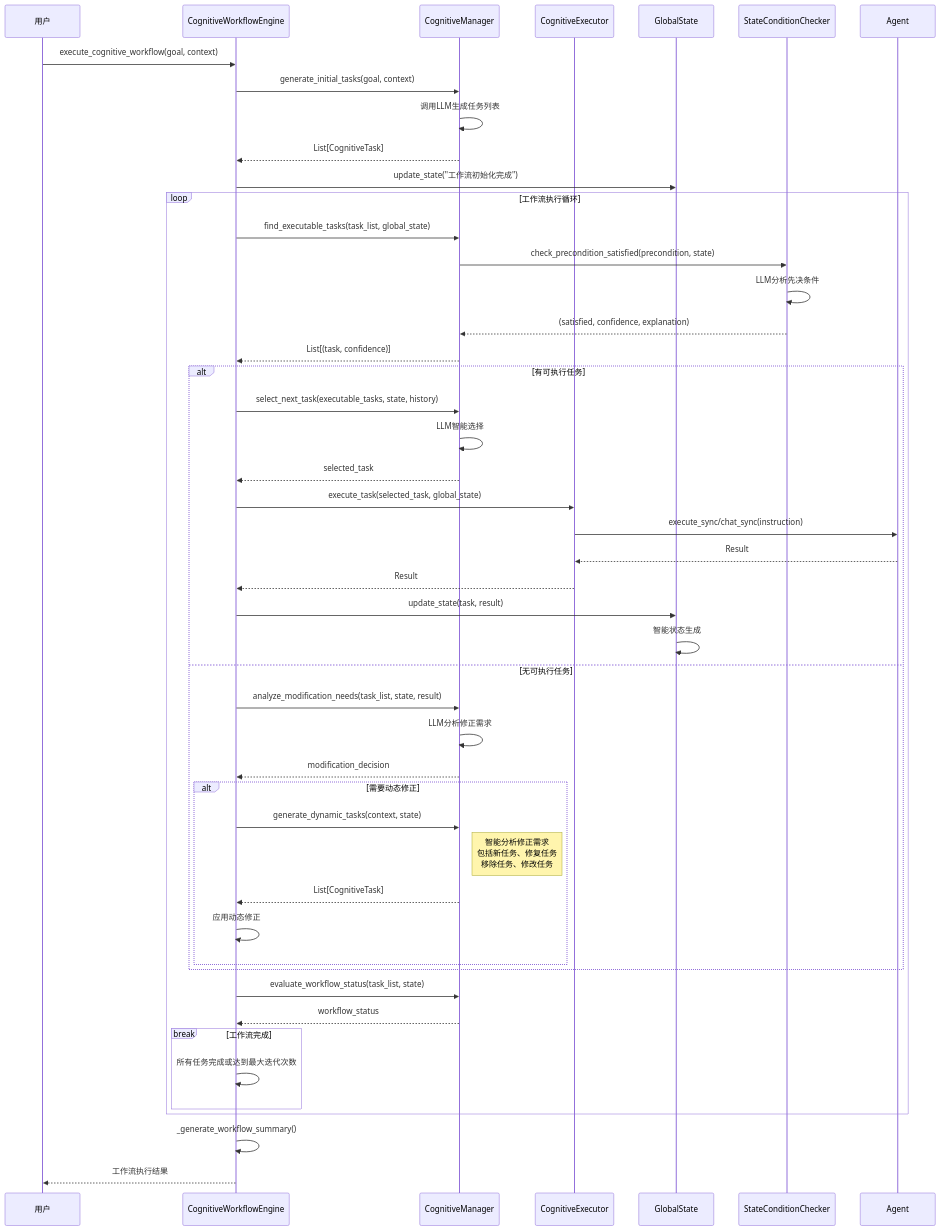
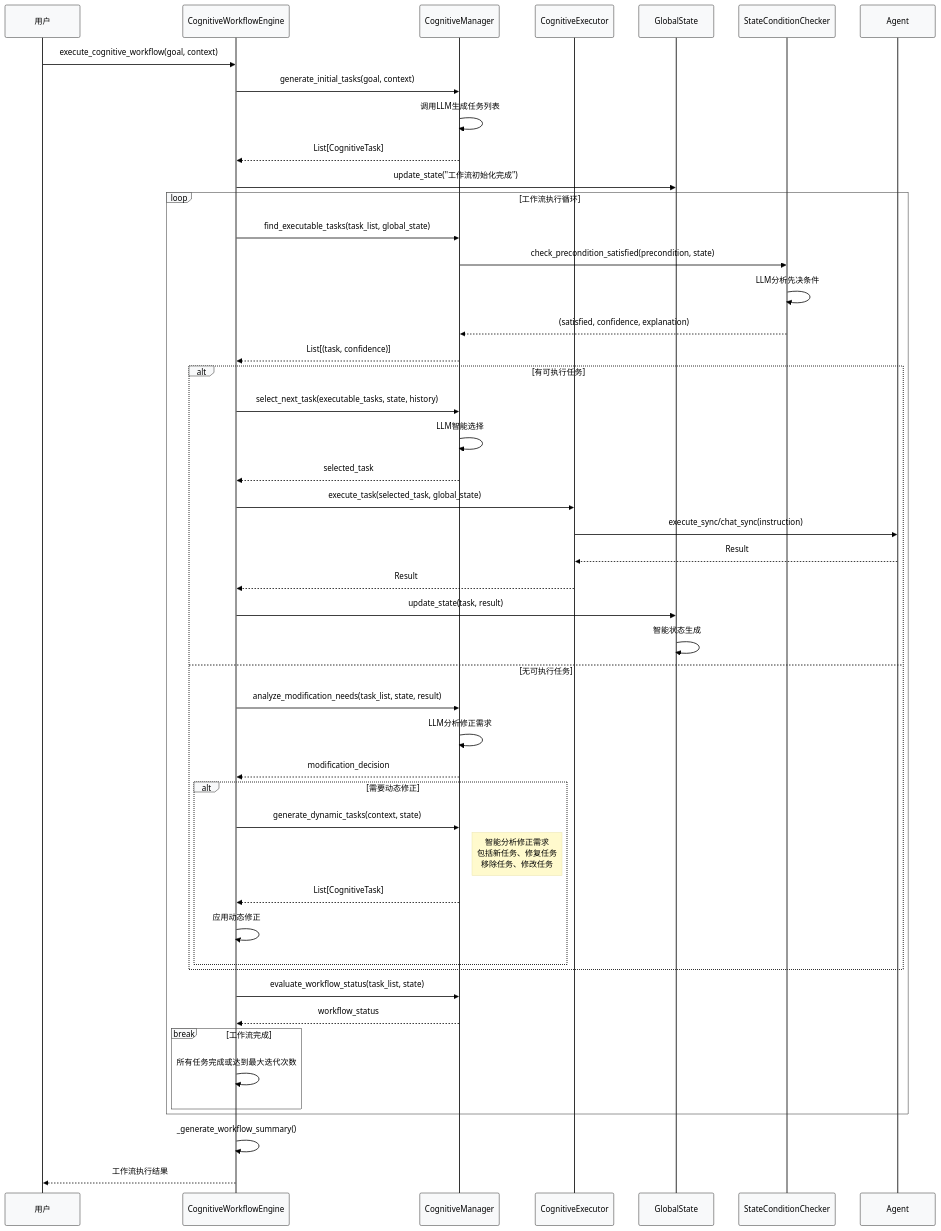
The third of 5 diagrams in CognitiveWorkflow/认知工作流系统架构文档.md (guci314/AgentFramework), drawn with Mermaid before and after one commit. The commit also changed other lines of this file and 713 other files, not shown here.

````diff
--- a/CognitiveWorkflow/认知工作流系统架构文档.md
+++ b/CognitiveWorkflow/认知工作流系统架构文档.md
@@ -218,61 +228,62 @@
 ```mermaid
+%%{init: {'theme': 'base', 'themeVariables': { 'primaryColor': '#ffffff', 'primaryTextColor': '#000000', 'primaryBorderColor': '#333333', 'lineColor': '#333333', 'actorBkg': '#f8f9fa', 'actorTextColor': '#000000', 'actorLineColor': '#333333', 'signalColor': '#000000', 'signalTextColor': '#000000', 'labelBoxBkgColor': '#f8f9fa', 'labelTextColor': '#000000', 'loopTextColor': '#000000', 'noteBkgColor': '#fffacd', 'noteTextColor': '#000000', 'activationBkgColor': '#e8f4f8', 'activationBorderColor': '#333333'}}}%%
 sequenceDiagram
     participant User as 用户
     participant Engine as CognitiveWorkflowEngine
     participant Manager as CognitiveManager
     participant Executor as CognitiveExecutor
     participant State as GlobalState
     participant Checker as StateConditionChecker
     participant Agent as Agent
     
     User->>Engine: execute_cognitive_workflow(goal, context)
     
     Engine->>Manager: generate_initial_tasks(goal, context)
     Manager->>Manager: 调用LLM生成任务列表
     Manager-->>Engine: List[CognitiveTask]
     
     Engine->>State: update_state("工作流初始化完成")
     
     loop 工作流执行循环
         Engine->>Manager: find_executable_tasks(task_list, global_state)
         Manager->>Checker: check_precondition_satisfied(precondition, state)
         Checker->>Checker: LLM分析先决条件
         Checker-->>Manager: (satisfied, confidence, explanation)
         Manager-->>Engine: List[(task, confidence)]
         
         alt 有可执行任务
             Engine->>Manager: select_next_task(executable_tasks, state, history)
             Manager->>Manager: LLM智能选择
             Manager-->>Engine: selected_task
             
             Engine->>Executor: execute_task(selected_task, global_state)
             Executor->>Agent: execute_sync/chat_sync(instruction)
             Agent-->>Executor: Result
             Executor-->>Engine: Result
             
             Engine->>State: update_state(task, result)
             State->>State: 智能状态生成
         else 无可执行任务
             Engine->>Manager: analyze_modification_needs(task_list, state, result)
             Manager->>Manager: LLM分析修正需求
             Manager-->>Engine: modification_decision
             
             alt 需要动态修正
                 Engine->>Manager: generate_dynamic_tasks(context, state)
                 note right of Manager: 智能分析修正需求<br/>包括新任务、修复任务<br/>移除任务、修改任务
                 Manager-->>Engine: List[CognitiveTask]
                 Engine->>Engine: 应用动态修正
             end
         end
         
         Engine->>Manager: evaluate_workflow_status(task_list, state)
         Manager-->>Engine: workflow_status
         
         break 工作流完成
             Engine->>Engine: 所有任务完成或达到最大迭代次数
         end
     end
     
     Engine->>Engine: _generate_workflow_summary()
     Engine-->>User: 工作流执行结果
 ```
````
